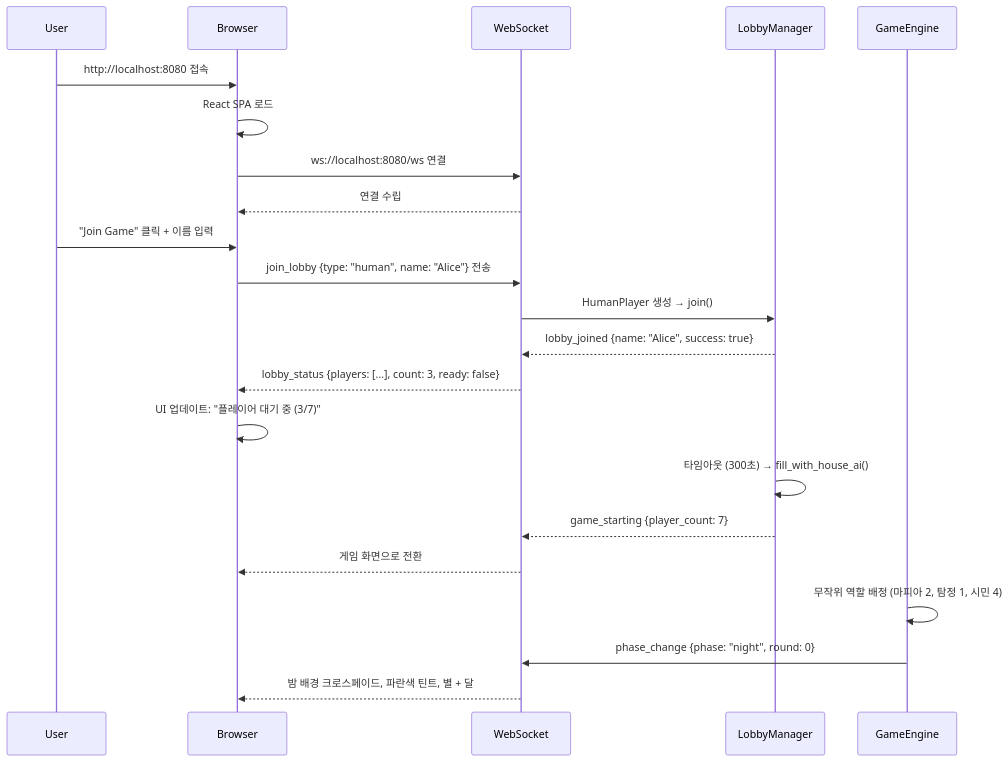
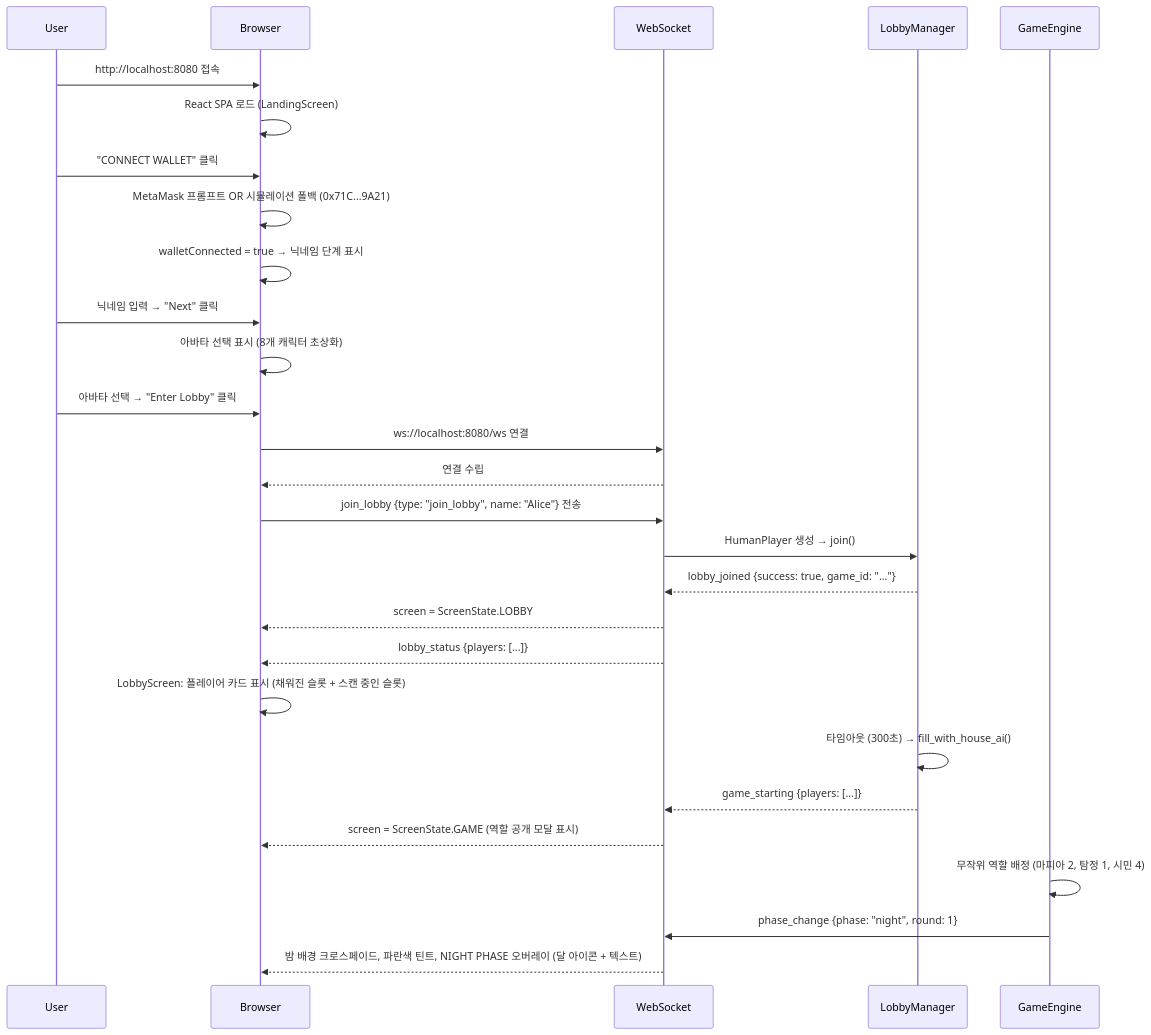
The third of 6 diagrams in docs/USERFLOW.ko.md (0xarkstar/mafi-AI), drawn with Mermaid before and after one commit. The commit also changed other lines of this file and 3 other files, not shown here.

````diff
--- a/docs/USERFLOW.ko.md
+++ b/docs/USERFLOW.ko.md
@@ -264,28 +268,36 @@
 ```mermaid
 sequenceDiagram
     participant User
     participant Browser
     participant WebSocket
     participant LobbyManager
     participant GameEngine
 
     User->>Browser: http://localhost:8080 접속
-    Browser->>Browser: React SPA 로드
+    Browser->>Browser: React SPA 로드 (LandingScreen)
+
+    User->>Browser: "CONNECT WALLET" 클릭
+    Browser->>Browser: MetaMask 프롬프트 OR 시뮬레이션 폴백 (0x71C...9A21)
+    Browser->>Browser: walletConnected = true → 닉네임 단계 표시
+
+    User->>Browser: 닉네임 입력 → "Next" 클릭
+    Browser->>Browser: 아바타 선택 표시 (8개 캐릭터 초상화)
+    User->>Browser: 아바타 선택 → "Enter Lobby" 클릭
+
     Browser->>WebSocket: ws://localhost:8080/ws 연결
     WebSocket-->>Browser: 연결 수립
-
-    User->>Browser: "Join Game" 클릭 + 이름 입력
-    Browser->>WebSocket: join_lobby {type: "human", name: "Alice"} 전송
+    Browser->>WebSocket: join_lobby {type: "join_lobby", name: "Alice"} 전송
     WebSocket->>LobbyManager: HumanPlayer 생성 → join()
-    LobbyManager-->>WebSocket: lobby_joined {name: "Alice", success: true}
-    WebSocket-->>Browser: lobby_status {players: [...], count: 3, ready: false}
-    Browser->>Browser: UI 업데이트: "플레이어 대기 중 (3/7)"
+    LobbyManager-->>WebSocket: lobby_joined {success: true, game_id: "..."}
+    WebSocket-->>Browser: screen = ScreenState.LOBBY
+    WebSocket-->>Browser: lobby_status {players: [...]}
+    Browser->>Browser: LobbyScreen: 플레이어 카드 표시 (채워진 슬롯 + 스캔 중인 슬롯)
 
     LobbyManager->>LobbyManager: 타임아웃 (300초) → fill_with_house_ai()
-    LobbyManager-->>WebSocket: game_starting {player_count: 7}
-    WebSocket-->>Browser: 게임 화면으로 전환
+    LobbyManager-->>WebSocket: game_starting {players: [...]}
+    WebSocket-->>Browser: screen = ScreenState.GAME (역할 공개 모달 표시)
 
     GameEngine->>GameEngine: 무작위 역할 배정 (마피아 2, 탐정 1, 시민 4)
-    GameEngine->>WebSocket: phase_change {phase: "night", round: 0}
-    WebSocket-->>Browser: 밤 배경 크로스페이드, 파란색 틴트, 별 + 달
+    GameEngine->>WebSocket: phase_change {phase: "night", round: 1}
+    WebSocket-->>Browser: 밤 배경 크로스페이드, 파란색 틴트, NIGHT PHASE 오버레이 (달 아이콘 + 텍스트)
 ```
````
